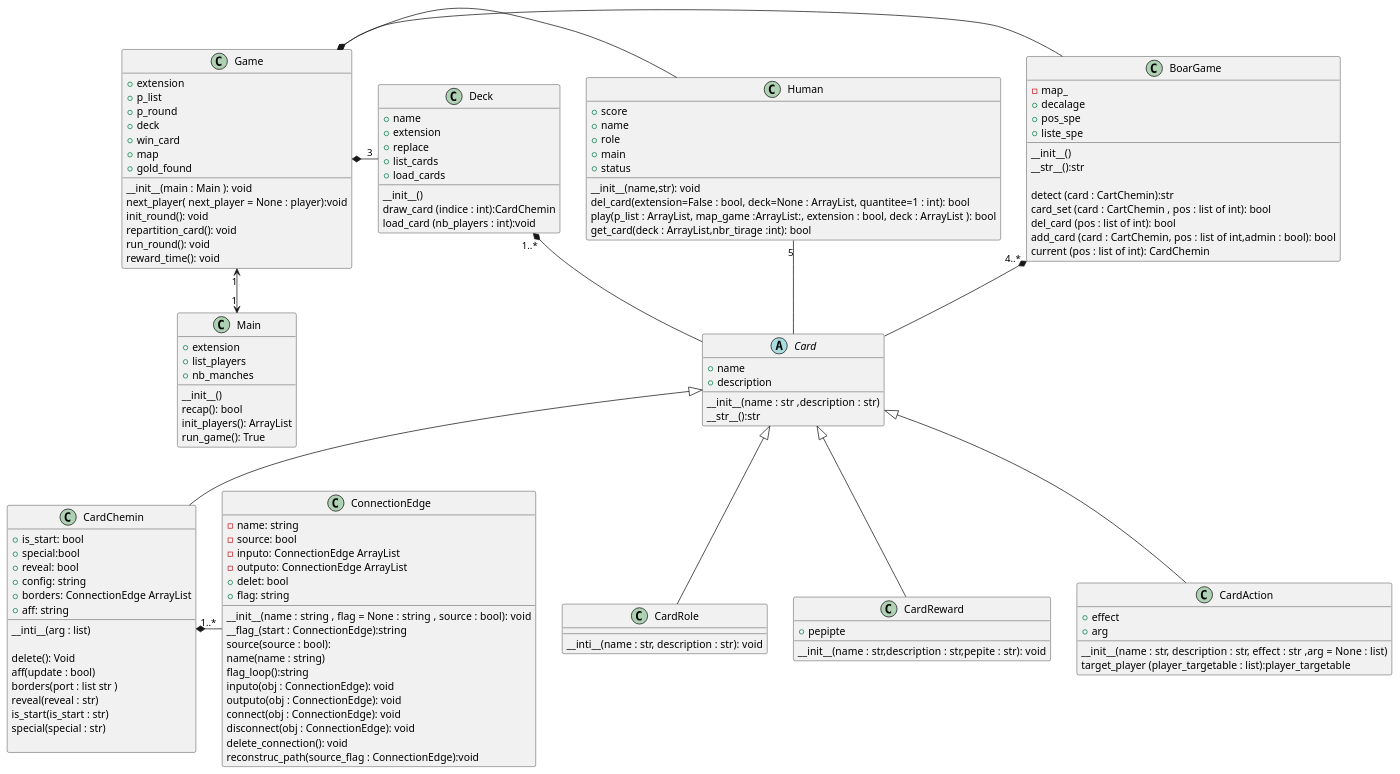
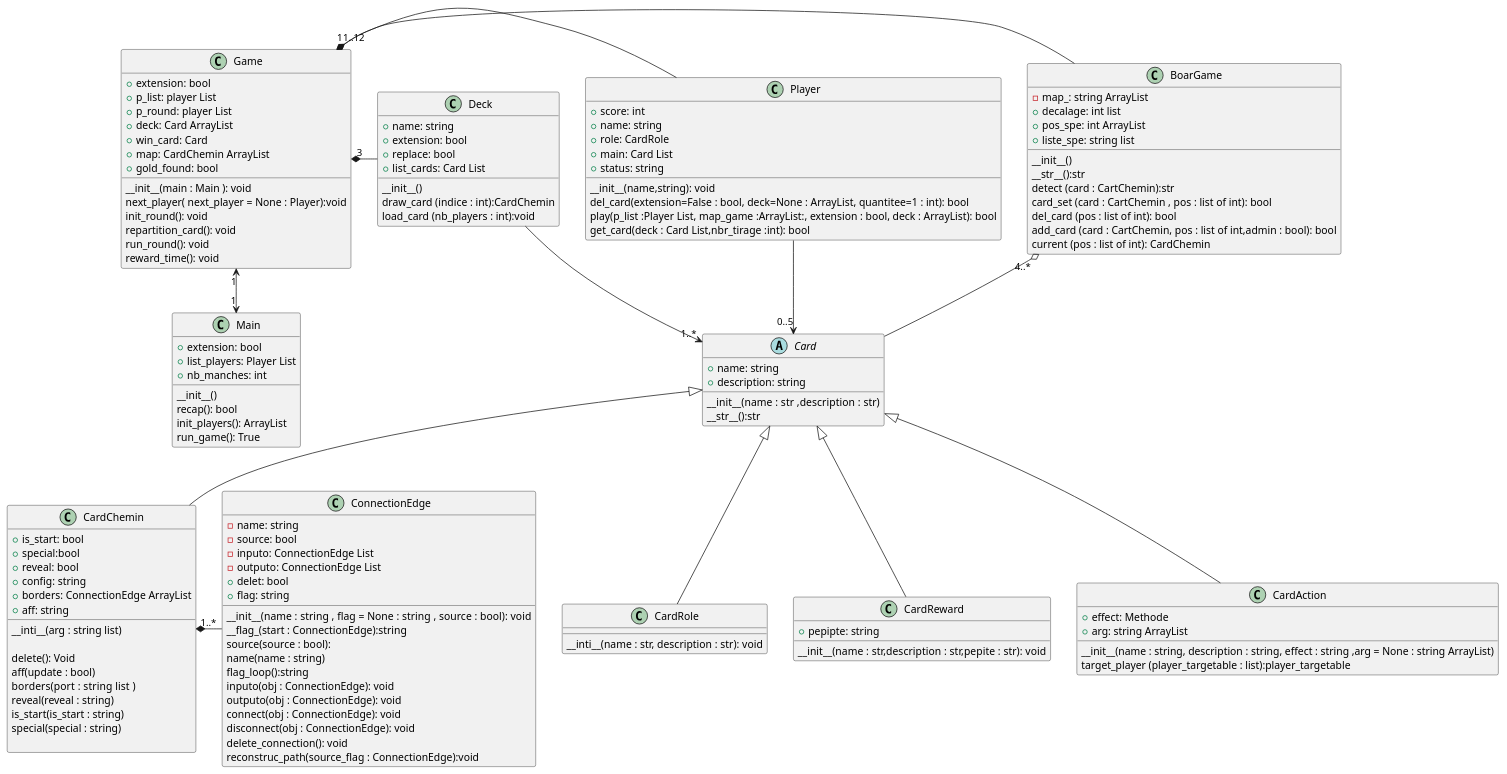
Before and after one commit to CocoLng/Kathon: the diagram in Saboteur.puml, drawn with PlantUML.

```diff
--- a/Saboteur.puml
+++ b/Saboteur.puml
@@ -1,162 +1,160 @@
 @startuml
 'https://plantuml.com/class-diagram
 class Main {
-+extension
-+list_players
-+nb_manches
++extension: bool
++list_players: Player List
++nb_manches: int
 __
 __init__()
 recap(): bool
 init_players(): ArrayList
 run_game(): True
 }
 
 Game "1" <-->  "1" Main
 
 class Game{
-+extension
-+p_list
-+p_round
-+deck
-+win_card
-+map
-+gold_found
++extension: bool
++p_list: player List
++p_round: player List
++deck: Card ArrayList
++win_card: Card
++map: CardChemin ArrayList
++gold_found: bool
 __
 __init__(main : Main ): void
-next_player( next_player = None : player):void
+next_player( next_player = None : Player):void
 init_round(): void
 repartition_card(): void
 run_round(): void
 reward_time(): void
 }
 
-Game *- BoarGame
-Game *- Human
-Game *- "3" Deck
+Game"1" *- BoarGame
+Game"1..12" *- Player
+Game"3" *- Deck
 
 
 
 class BoarGame{
--map_
-+decalage
-+pos_spe
-+liste_spe
+-map_: string ArrayList
++decalage: int list
++pos_spe: int ArrayList
++liste_spe: string list
 __
 __init__()
 __str__():str
-
 detect (card : CartChemin):str
 card_set (card : CartChemin , pos : list of int): bool
 del_card (pos : list of int): bool
 add_card (card : CartChemin, pos : list of int,admin : bool): bool
 current (pos : list of int): CardChemin
 }
-BoarGame "4..*" *-- Card
+BoarGame "4..*" o-- Card
 
-class Human{
-+score
-+name
-+role
-+main
-+status
+class Player{
++score: int
++name: string
++role: CardRole
++main: Card List
++status: string
 __
-__init__(name,str): void
+__init__(name,string): void
 del_card(extension=False : bool, deck=None : ArrayList, quantitee=1 : int): bool
-play(p_list : ArrayList, map_game :ArrayList:, extension : bool, deck : ArrayList ): bool
-get_card(deck : ArrayList,nbr_tirage :int): bool
+play(p_list :Player List, map_game :ArrayList:, extension : bool, deck : ArrayList): bool
+get_card(deck : Card List,nbr_tirage :int): bool
 }
-Human"5" -- Card
+Player --> "0..5" Card
 
 
 class Deck{
-+name
-+extension
-+replace
-+list_cards
-+load_cards
++name: string
++extension: bool
++replace: bool
++list_cards: Card List
 __
 __init__()
 draw_card (indice : int):CardChemin
 load_card (nb_players : int):void
 }
-Deck "1..*" *-- Card
+Deck --> "1..*" Card
 
 
 
 abstract class Card{
-+name
-+description
++name: string
++description: string
 __
 __init__(name :  str ,description : str)
 __str__():str
 }
 
 Card <|-- CardChemin
 Card <|-- CardRole
 Card <|-- CardReward
 Card <|-- CardAction
 
 class CardRole{
 __
 __inti__(name : str, description : str): void
 }
 
 class CardReward{
-+pepipte
++pepipte: string
 __
 __init__(name : str,description : str,pepite : str): void
 }
 
 class CardAction{
-+effect
-+arg
++effect: Methode
++arg: string ArrayList
 __
-__init__(name : str, description : str, effect : str ,arg = None : list)
+__init__(name : string, description : string, effect : string ,arg = None : string ArrayList)
 target_player (player_targetable : list):player_targetable
 }
 
 
 
 class CardChemin{
 +is_start: bool
 +special:bool
 +reveal: bool
 +config: string
 +borders: ConnectionEdge ArrayList
 +aff: string
 __
-__inti__(arg : list)
+__inti__(arg : string list)
 
 delete(): Void
 aff(update : bool)
-borders(port : list str )
-reveal(reveal : str)
-is_start(is_start : str)
-special(special : str)
+borders(port : string list  )
+reveal(reveal : string)
+is_start(is_start : string)
+special(special : string)
 
 }
 CardChemin"1..*" *- ConnectionEdge
 
 
 
 class ConnectionEdge{
 -name: string
 -source: bool
--inputo: ConnectionEdge ArrayList
--outputo: ConnectionEdge ArrayList
+-inputo: ConnectionEdge List
+-outputo: ConnectionEdge List
 +delet: bool
 +flag: string
 __
 __init__(name :  string , flag = None : string , source : bool): void
 __flag_(start : ConnectionEdge):string
 source(source : bool):
 name(name : string)
 flag_loop():string
 inputo(obj : ConnectionEdge): void
 outputo(obj : ConnectionEdge): void
 connect(obj : ConnectionEdge): void
 disconnect(obj : ConnectionEdge): void
 delete_connection(): void
 reconstruc_path(source_flag : ConnectionEdge):void
 }
 @enduml
```
